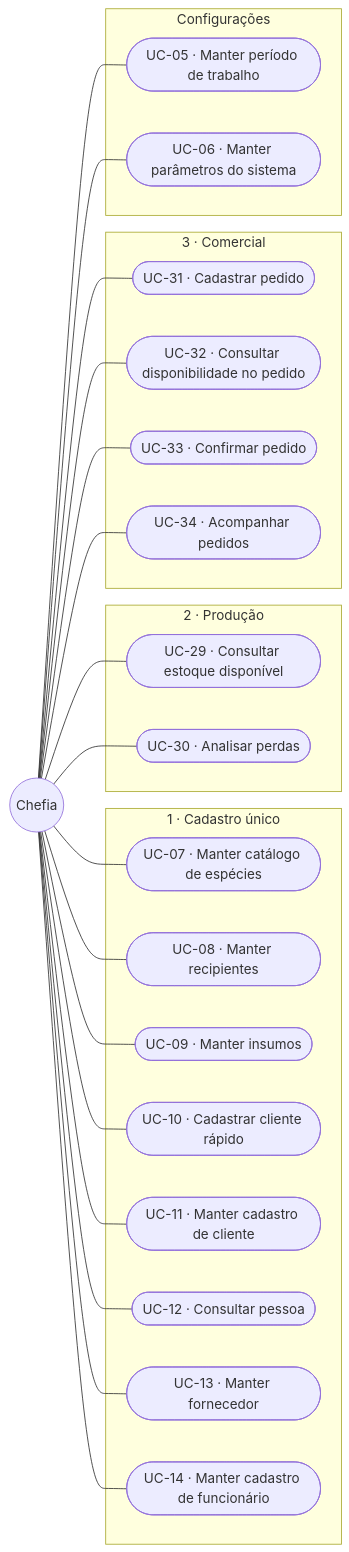
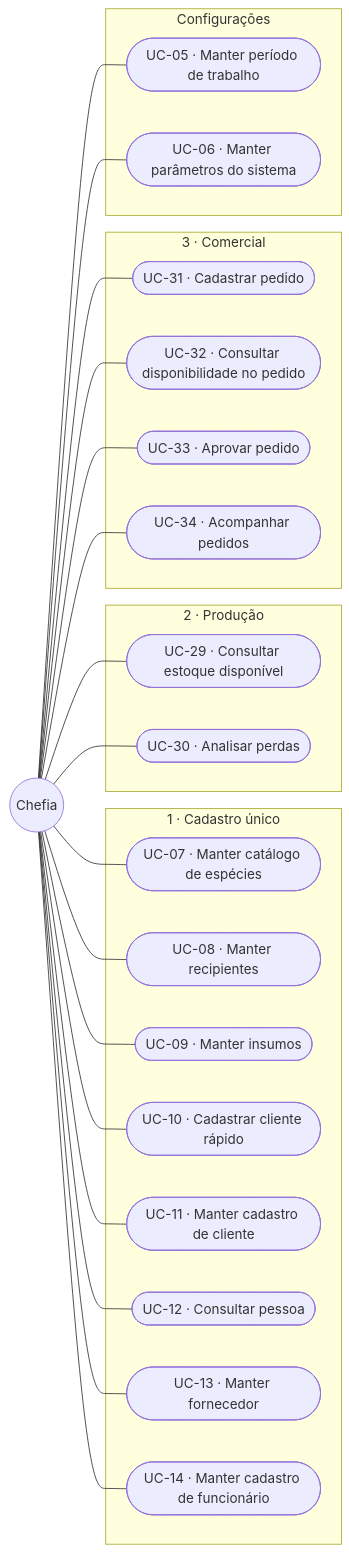
One commit to JoaoMudar/tcc changed the second of 4 diagrams in docs/engenharia/C-modelagem/C1-diagrama-casos-de-uso.md. Above: the diagram before and after it, drawn with Mermaid. The commit also changed other lines of this file and 37 other files, not shown here.

````diff
--- a/docs/engenharia/C-modelagem/C1-diagrama-casos-de-uso.md
+++ b/docs/engenharia/C-modelagem/C1-diagrama-casos-de-uso.md
@@ -129,49 +129,49 @@
 ```mermaid
 graph LR
   CH(("Chefia"))
 
   subgraph M1["1 · Cadastro único"]
     UC05(["UC-07 · Manter catálogo de espécies"])
     UC06(["UC-08 · Manter recipientes"])
     UC07(["UC-09 · Manter insumos"])
     UC21(["UC-10 · Cadastrar cliente rápido"])
     UC22(["UC-11 · Manter cadastro de cliente"])
     UC23(["UC-12 · Consultar pessoa"])
     UC31(["UC-13 · Manter fornecedor"])
     UC41(["UC-14 · Manter cadastro de funcionário"])
   end
 
   subgraph M2["2 · Produção"]
     UC15(["UC-29 · Consultar estoque disponível"])
     UC18(["UC-30 · Analisar perdas"])
   end
 
   subgraph M3["3 · Comercial"]
     UC24(["UC-31 · Cadastrar pedido"])
     UC25(["UC-32 · Consultar disponibilidade no pedido"])
-    UC26(["UC-33 · Confirmar pedido"])
+    UC26(["UC-33 · Aprovar pedido"])
     UC28(["UC-34 · Acompanhar pedidos"])
   end
 
   subgraph CFG["Configurações"]
     UC54(["UC-05 · Manter período de trabalho"])
     UC60(["UC-06 · Manter parâmetros do sistema"])
   end
 
   CH --- UC05
   CH --- UC06
   CH --- UC07
   CH --- UC21
   CH --- UC22
   CH --- UC23
   CH --- UC31
   CH --- UC41
   CH --- UC15
   CH --- UC18
   CH --- UC24
   CH --- UC25
   CH --- UC26
   CH --- UC28
   CH --- UC54
   CH --- UC60
 ```
````
